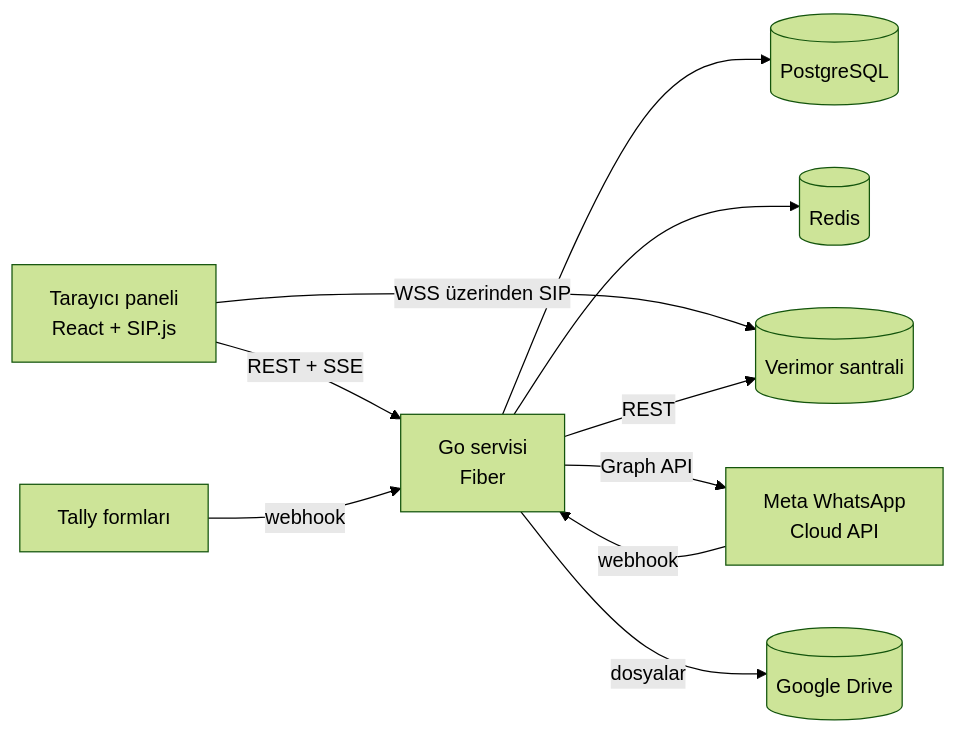
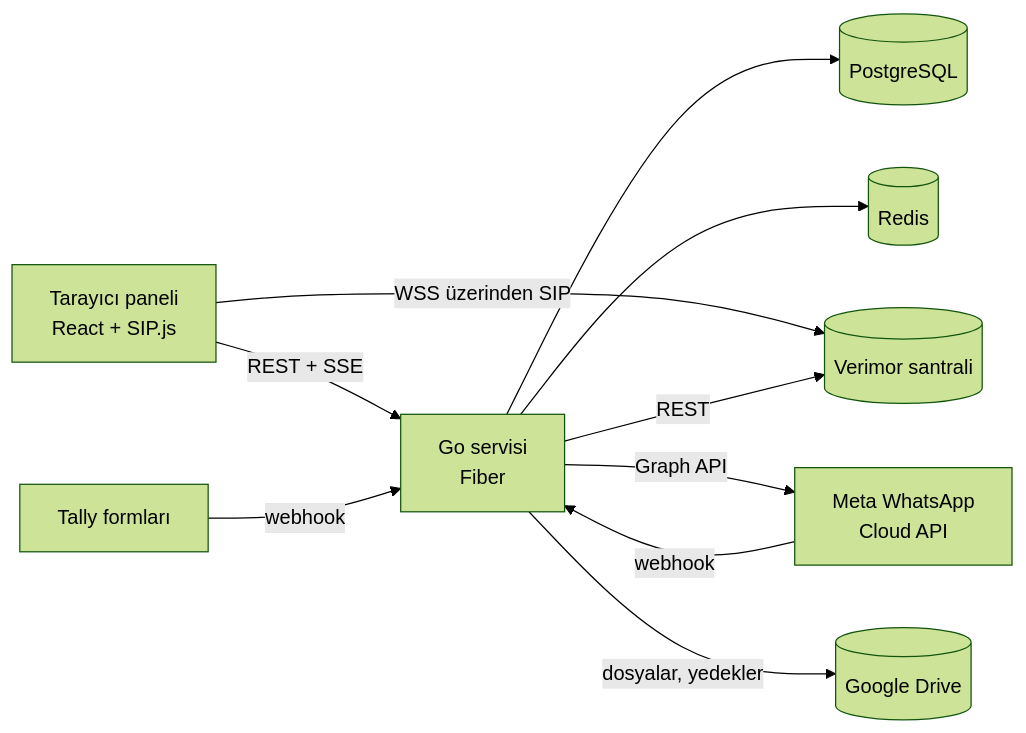
The diagram in README.tr.md (toprakgureli/santral-c), drawn with Mermaid (forest theme) before and after one commit. The commit also changed other lines of this file and 4 other files, not shown here.

````diff
--- a/README.tr.md
+++ b/README.tr.md
@@ -88,12 +114,12 @@
 ```mermaid
 flowchart LR
   A[Tarayıcı paneli<br/>React + SIP.js] -- REST + SSE --> B[Go servisi<br/>Fiber]
   A -- WSS üzerinden SIP --> P[(Verimor santrali)]
   B --> D[(PostgreSQL)]
   B --> R[(Redis)]
   B -- REST --> P
   M[Meta WhatsApp<br/>Cloud API] -- webhook --> B
   B -- Graph API --> M
-  B -- dosyalar --> G[(Google Drive)]
+  B -- dosyalar, yedekler --> G[(Google Drive)]
   T[Tally formları] -- webhook --> B
 ```
````
